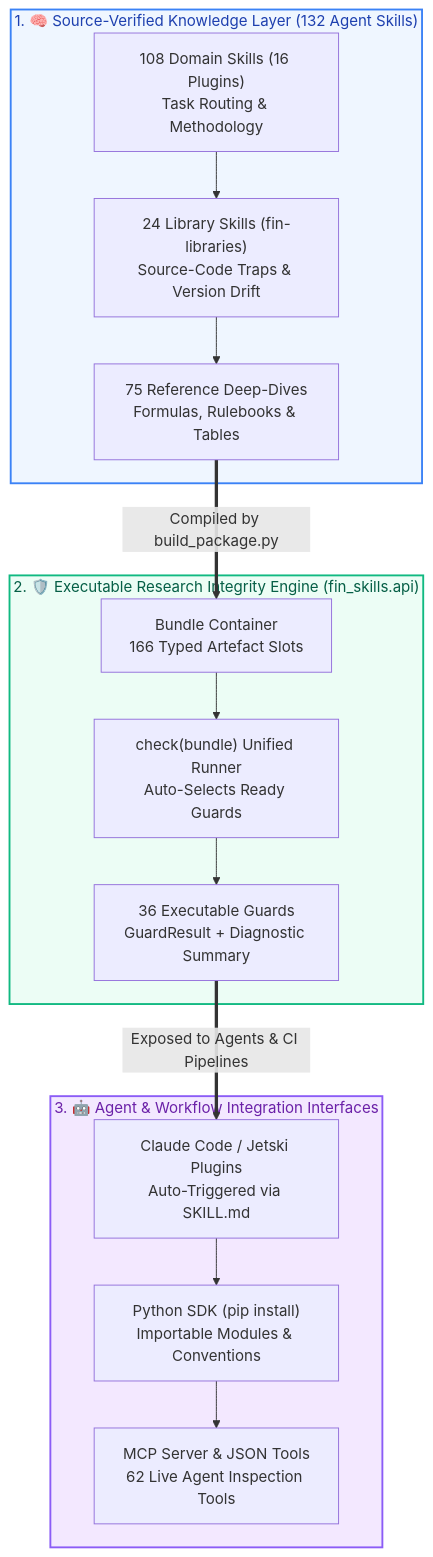
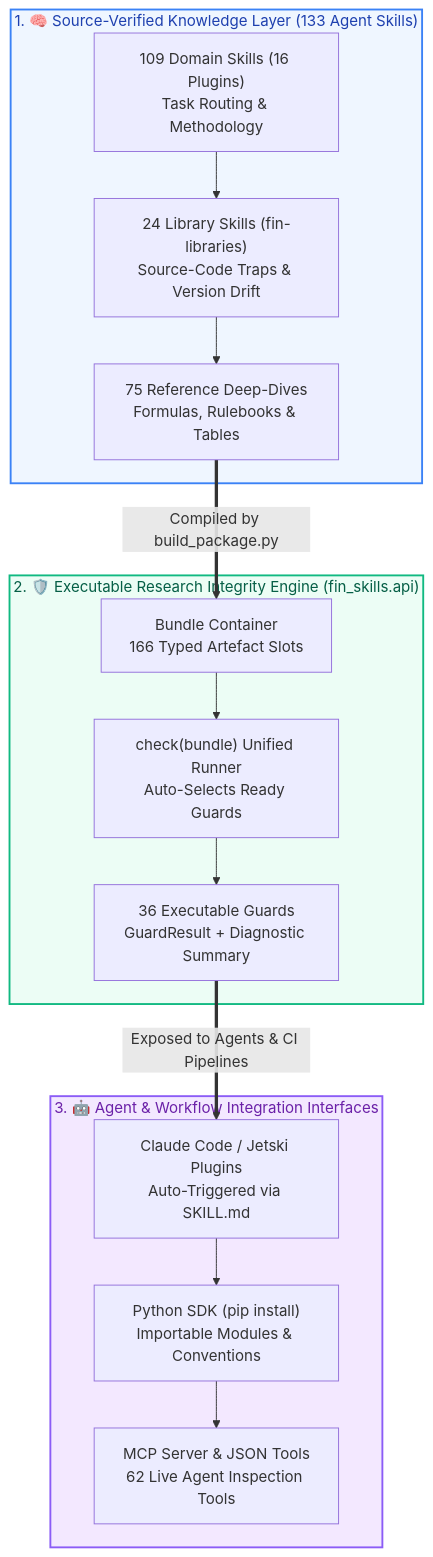
Before and after one commit to howard-lynn-ye/Fin-RSI: the diagram in README.md, drawn with Mermaid. The commit also changed other lines of this file and 13 other files, not shown here.

````diff
--- a/README.md
+++ b/README.md
@@ -76,21 +76,21 @@
 ```mermaid
 flowchart TD
-    subgraph TIER1 ["1. 🧠 Source-Verified Knowledge Layer (132 Agent Skills)"]
-        D1["108 Domain Skills (16 Plugins)<br/>Task Routing & Methodology"] --> D2["24 Library Skills (fin-libraries)<br/>Source-Code Traps & Version Drift"] --> D3["75 Reference Deep-Dives<br/>Formulas, Rulebooks & Tables"]
+    subgraph TIER1 ["1. 🧠 Source-Verified Knowledge Layer (133 Agent Skills)"]
+        D1["109 Domain Skills (16 Plugins)<br/>Task Routing & Methodology"] --> D2["24 Library Skills (fin-libraries)<br/>Source-Code Traps & Version Drift"] --> D3["75 Reference Deep-Dives<br/>Formulas, Rulebooks & Tables"]
     end
 
     subgraph TIER2 ["2. 🛡️ Executable Research Integrity Engine (fin_skills.api)"]
         E1["Bundle Container<br/>166 Typed Artefact Slots"] --> E2["check(bundle) Unified Runner<br/>Auto-Selects Ready Guards"] --> E3["36 Executable Guards<br/>GuardResult + Diagnostic Summary"]
     end
 
     subgraph TIER3 ["3. 🤖 Agent & Workflow Integration Interfaces"]
         I1["Claude Code / Jetski Plugins<br/>Auto-Triggered via SKILL.md"] --> I2["Python SDK (pip install)<br/>Importable Modules & Conventions"] --> I3["MCP Server & JSON Tools<br/>62 Live Agent Inspection Tools"]
     end
 
     D3 ==>|Compiled by build_package.py| E1
     E3 ==>|Exposed to Agents & CI Pipelines| I1
 
     style TIER1 fill:#eff6ff,stroke:#3b82f6,stroke-width:2px,color:#1e40af
     style TIER2 fill:#ecfdf5,stroke:#10b981,stroke-width:2px,color:#065f46
     style TIER3 fill:#f3e8ff,stroke:#8b5cf6,stroke-width:2px,color:#6b21a8
 ```
````
